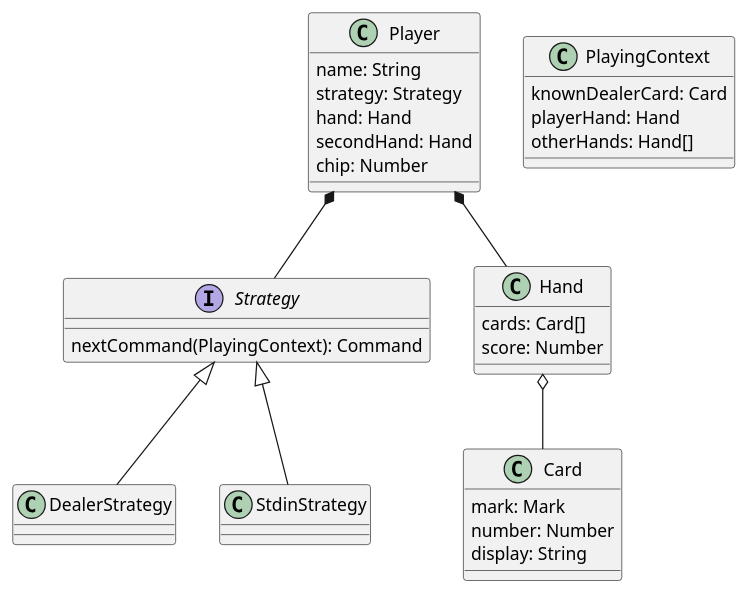
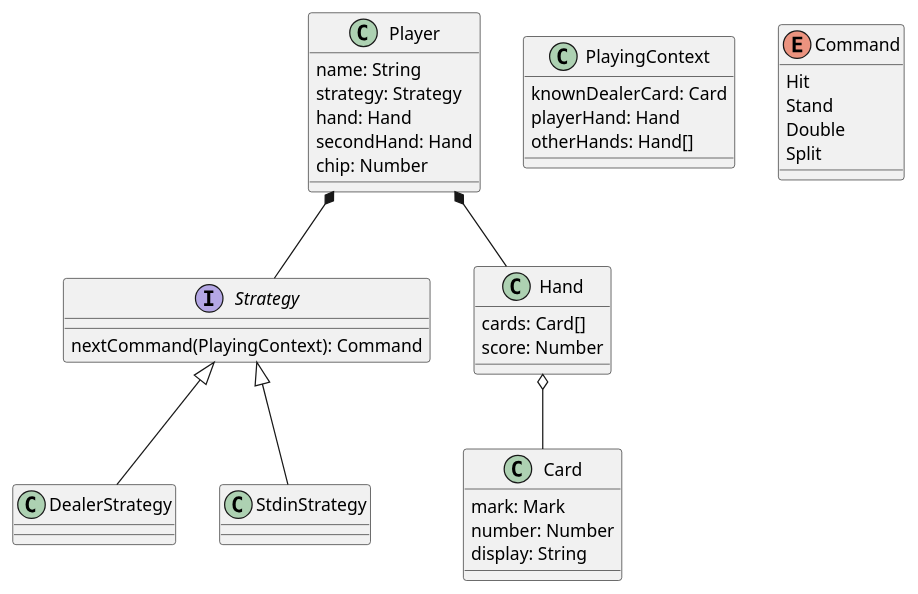
The diagram in class-diagrams.plantuml (lettas/blackjack), drawn with PlantUML before and after one commit.

Commit message:
コマンドenum追加

```diff
--- a/class-diagrams.plantuml
+++ b/class-diagrams.plantuml
@@ -1,37 +1,44 @@
 @startuml Blackjack
 
 class Player {
     name: String
     strategy: Strategy
     hand: Hand
     secondHand: Hand
     chip: Number
 }
 Player *-- Strategy
 Player *-- Hand
 
 interface Strategy {
     nextCommand(PlayingContext): Command
 }
 Strategy <|-- DealerStrategy
 Strategy <|-- StdinStrategy
 
 class Hand {
     cards: Card[]
     score: Number
 }
 Hand o-- Card
 
 class Card {
     mark: Mark
     number: Number
     display: String
 }
 
 class PlayingContext {
     knownDealerCard: Card
     playerHand: Hand
     otherHands: Hand[]
 }
 
+enum Command {
+    Hit
+    Stand
+    Double
+    Split
+}
+
 @enduml
```
